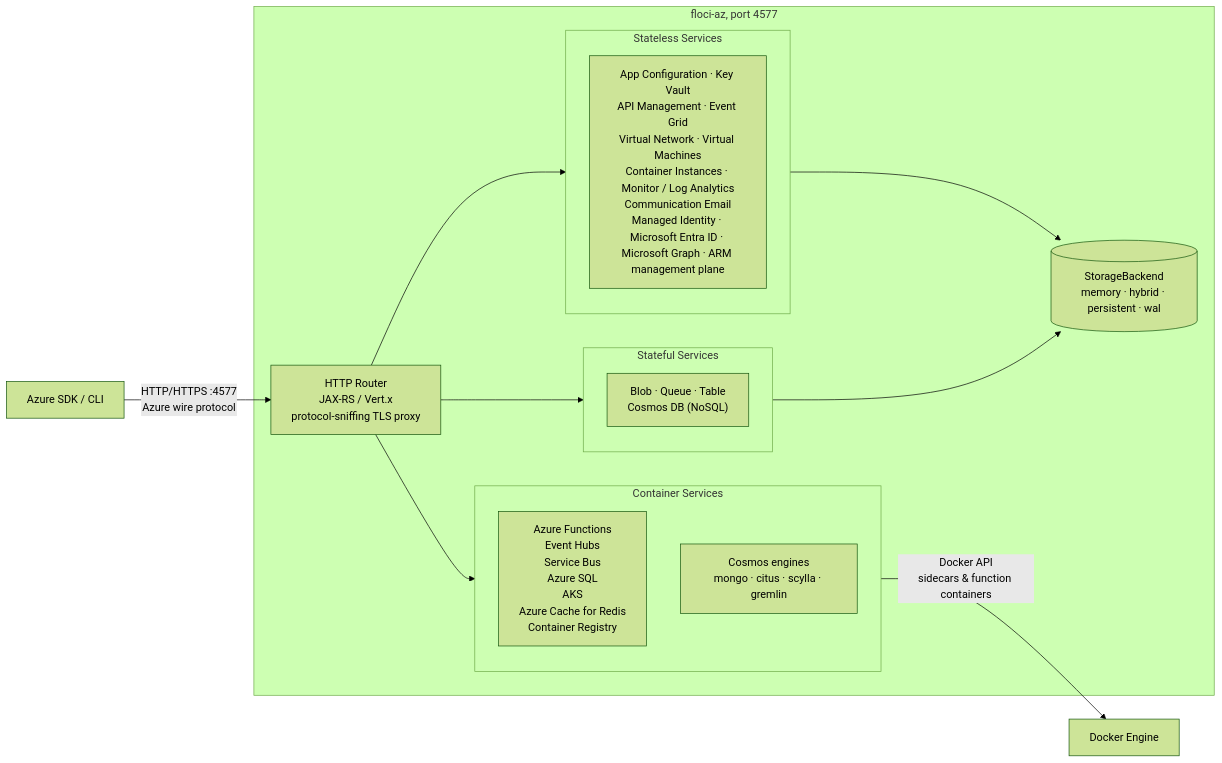
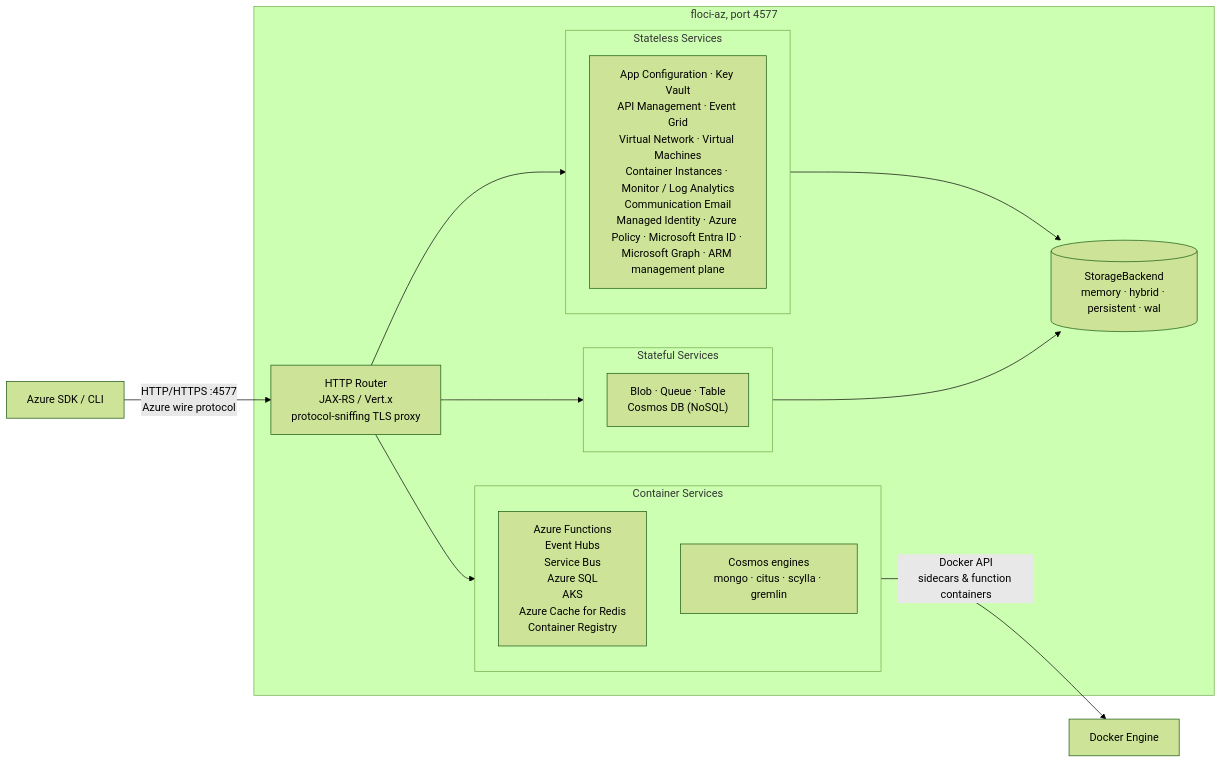
Before and after one commit to Tal-E/floci-az: the diagram in README.md, drawn with Mermaid (forest theme). The commit also changed other lines of this file and 16 other files, not shown here.

Commit message:
feat(policy): add Azure Policy control plane (definitions, set definitions, assignments, exemptions)

````diff
--- a/README.md
+++ b/README.md
@@ -272,30 +273,30 @@
 ```mermaid
 flowchart LR
     Client["Azure SDK / CLI"]
 
     subgraph FlociAz ["floci-az, port 4577"]
         Router["HTTP Router\nJAX-RS / Vert.x\nprotocol-sniffing TLS proxy"]
 
         subgraph Stateless ["Stateless Services"]
-            A["App Configuration · Key Vault\nAPI Management · Event Grid\nVirtual Network · Virtual Machines\nContainer Instances · Monitor / Log Analytics\nCommunication Email\nManaged Identity · Microsoft Entra ID · Microsoft Graph · ARM management plane"]
+            A["App Configuration · Key Vault\nAPI Management · Event Grid\nVirtual Network · Virtual Machines\nContainer Instances · Monitor / Log Analytics\nCommunication Email\nManaged Identity · Azure Policy · Microsoft Entra ID · Microsoft Graph · ARM management plane"]
         end
 
         subgraph Stateful ["Stateful Services"]
             B["Blob · Queue · Table\nCosmos DB (NoSQL)"]
         end
 
         subgraph Containers ["Container Services"]
             C["Azure Functions\nEvent Hubs\nService Bus\nAzure SQL\nAKS\nAzure Cache for Redis\nContainer Registry"]
             D["Cosmos engines\nmongo · citus · scylla · gremlin"]
         end
 
         Router --> Stateless
         Router --> Stateful
         Router --> Containers
         Stateless & Stateful --> Store[("StorageBackend\nmemory · hybrid · persistent · wal")]
     end
 
     Docker["Docker Engine"]
     Client -->|"HTTP/HTTPS :4577\nAzure wire protocol"| Router
     Containers -->|"Docker API\nsidecars & function containers"| Docker
 ```
````
